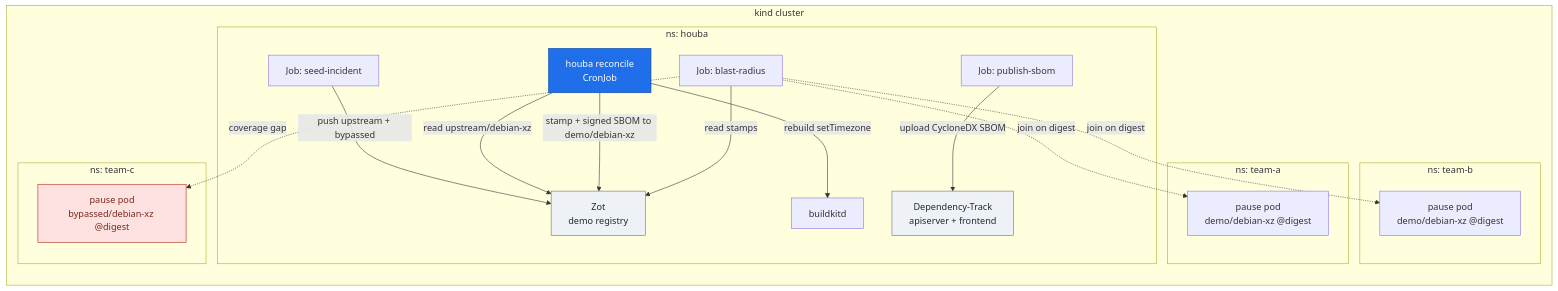
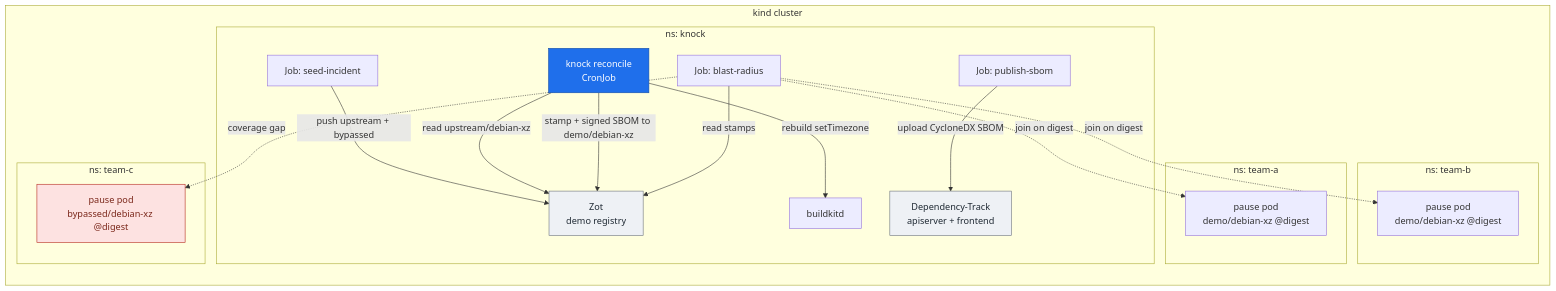
Before and after one commit to trivoallan/knock: the second of 2 diagrams in docs/examples/reference/debian-xz/DEMO.md, drawn with Mermaid. The commit also changed other lines of this file and 484 other files, not shown here.

First line of the commit message:
refactor!: rename houba → knock (knock-oci on PyPI; KNOCK_/io.knock contracts) (#193)

````diff
--- a/docs/examples/reference/debian-xz/DEMO.md
+++ b/docs/examples/reference/debian-xz/DEMO.md
@@ -70,37 +70,37 @@
 ```mermaid
 flowchart LR
   subgraph kind["kind cluster"]
-    subgraph nshouba["ns: houba"]
-      houba["houba reconcile<br/>CronJob"]:::houba
+    subgraph nsknock["ns: knock"]
+      knock["knock reconcile<br/>CronJob"]:::knock
       bk["buildkitd"]
       zot["Zot<br/>demo registry"]:::ext
       dt["Dependency-Track<br/>apiserver + frontend"]:::ext
       seed["Job: seed-incident"]
       pub["Job: publish-sbom"]
       blast["Job: blast-radius"]
     end
     subgraph teama["ns: team-a"]
       pa["pause pod<br/>demo/debian-xz @digest"]
     end
     subgraph teamb["ns: team-b"]
       pb["pause pod<br/>demo/debian-xz @digest"]
     end
     subgraph teamc["ns: team-c"]
       pc["pause pod<br/>bypassed/debian-xz @digest"]:::bypass
     end
   end
 
   seed -->|push upstream + bypassed| zot
-  houba -->|read upstream/debian-xz| zot
-  houba -->|rebuild setTimezone| bk
-  houba -->|stamp + signed SBOM to demo/debian-xz| zot
+  knock -->|read upstream/debian-xz| zot
+  knock -->|rebuild setTimezone| bk
+  knock -->|stamp + signed SBOM to demo/debian-xz| zot
   pub -->|upload CycloneDX SBOM| dt
   blast -->|read stamps| zot
   blast -.->|join on digest| pa
   blast -.->|join on digest| pb
   blast -.->|coverage gap| pc
 
-  classDef houba fill:#1f6feb,stroke:#154da4,color:#fff;
+  classDef knock fill:#1f6feb,stroke:#154da4,color:#fff;
   classDef ext fill:#eef1f5,stroke:#69707a,color:#1f2933;
   classDef bypass fill:#fde2e1,stroke:#b42318,color:#7a271a;
 ```
````
